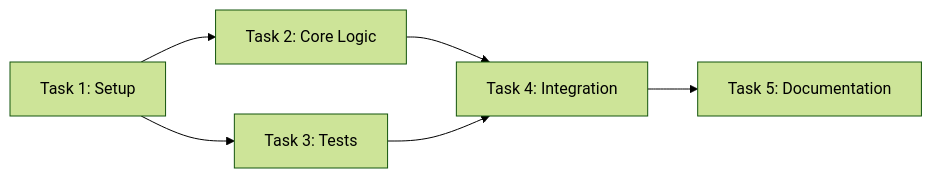
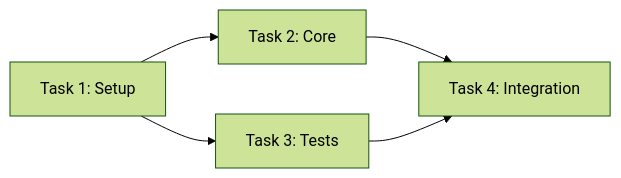
One commit to pproenca/dot-claude changed the first of 13 diagrams in plugins/super/agents/diagram-generator.md. Above: the diagram before and after it, drawn with Mermaid (forest theme). The commit also changed other lines of this file and 2 other files, not shown here.

First line of the commit message:
refactor(super): slim down code-reviewer, security-reviewer, diagram-generator agents

````diff
--- a/plugins/super/agents/diagram-generator.md
+++ b/plugins/super/agents/diagram-generator.md
@@ -146,8 +48,7 @@
 ```mermaid
 graph LR
-    T1[Task 1: Setup] --> T2[Task 2: Core Logic]
+    T1[Task 1: Setup] --> T2[Task 2: Core]
     T1 --> T3[Task 3: Tests]
     T2 --> T4[Task 4: Integration]
     T3 --> T4
-    T4 --> T5[Task 5: Documentation]
 ```
````
